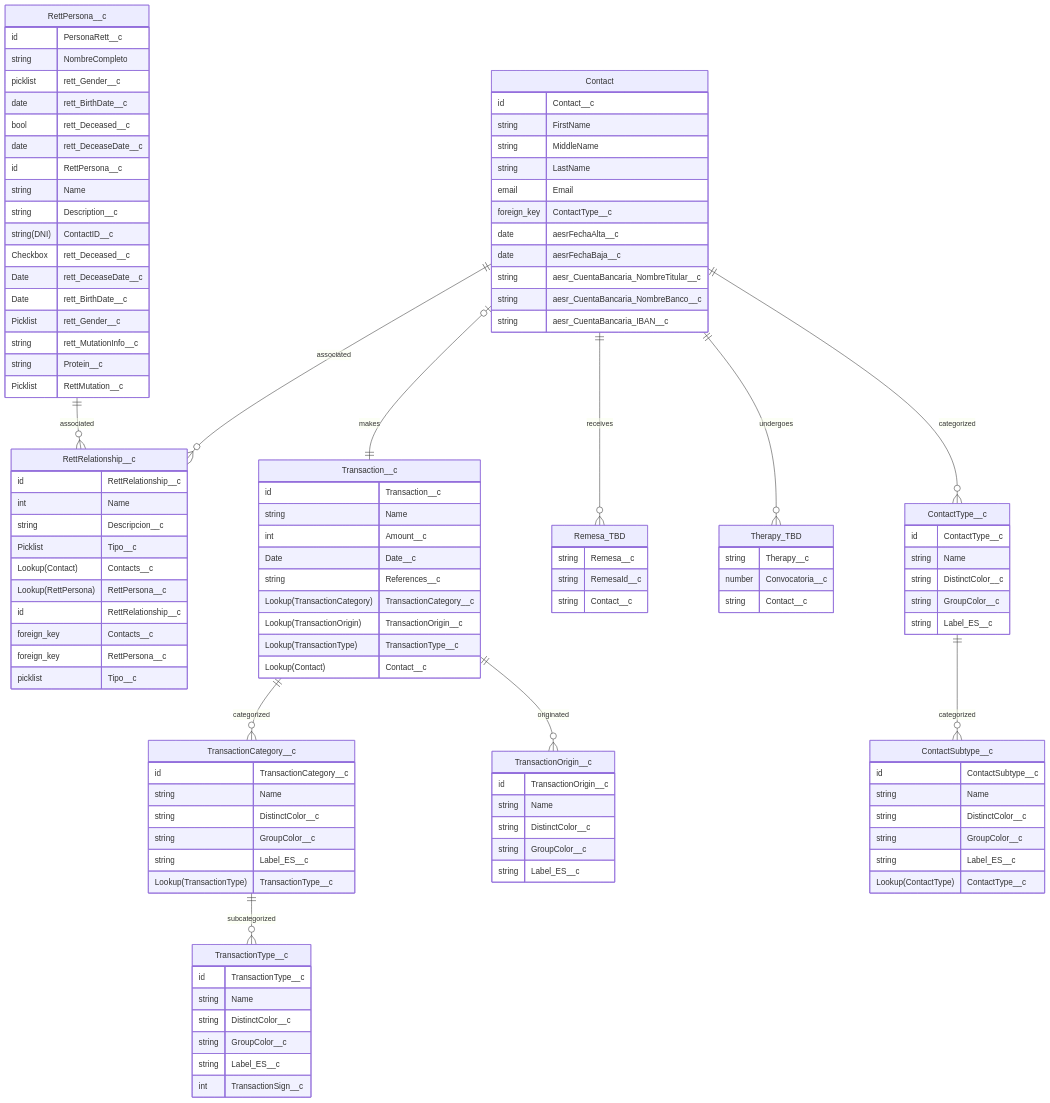
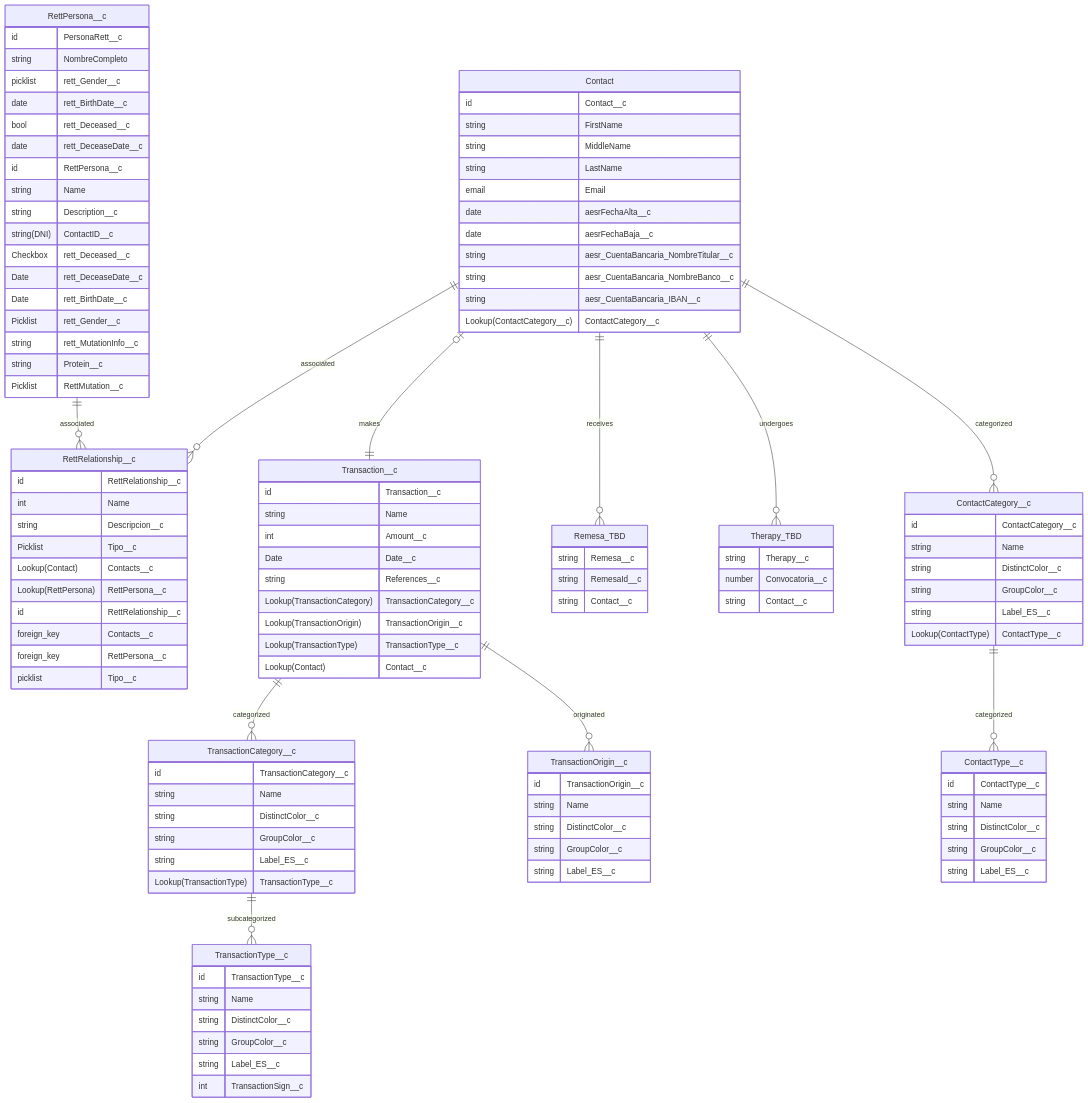
The diagram in docs/dbmodel.md (rett-spain/ngo-finance), drawn with Mermaid before and after one commit.

Commit message:
Updated db model

```diff
--- a/docs/dbmodel.md
+++ b/docs/dbmodel.md
@@ -9,9 +9,9 @@
     Contact |o--|| Transaction__c : makes
     Contact ||--o{ Remesa_TBD : receives
     Contact ||--o{ Therapy_TBD : undergoes
-    Contact ||--o{ ContactType__c : categorized
+    Contact ||--o{ ContactCategory__c : categorized
 
-    ContactType__c ||--o{ ContactSubtype__c : categorized
+    ContactCategory__c ||--o{ ContactType__c : categorized
 
     Transaction__c ||--o{ TransactionCategory__c : categorized
     Transaction__c ||--o{ TransactionOrigin__c : originated
@@ -23,12 +23,12 @@
         string MiddleName
         string LastName
         email Email
-        foreign_key ContactType__c
         date aesrFechaAlta__c
         date aesrFechaBaja__c
         string aesr_CuentaBancaria_NombreTitular__c
         string aesr_CuentaBancaria_NombreBanco__c
         string aesr_CuentaBancaria_IBAN__c
+        Lookup(ContactCategory__c) ContactCategory__c
     }
 
     RettPersona__c {
@@ -94,21 +94,21 @@
         string Contact__c
     }
 
+    ContactCategory__c {
+        id ContactCategory__c
+        string Name
+        string DistinctColor__c
+        string GroupColor__c
+        string Label_ES__c
+        Lookup(ContactType) ContactType__c
+    }
+
     ContactType__c {
         id ContactType__c
         string Name
         string DistinctColor__c
         string GroupColor__c
         string Label_ES__c
-    }
-
-    ContactSubtype__c {
-        id ContactSubtype__c
-        string Name
-        string DistinctColor__c
-        string GroupColor__c
-        string Label_ES__c
-        Lookup(ContactType) ContactType__c
     }
 
     TransactionCategory__c {
```
